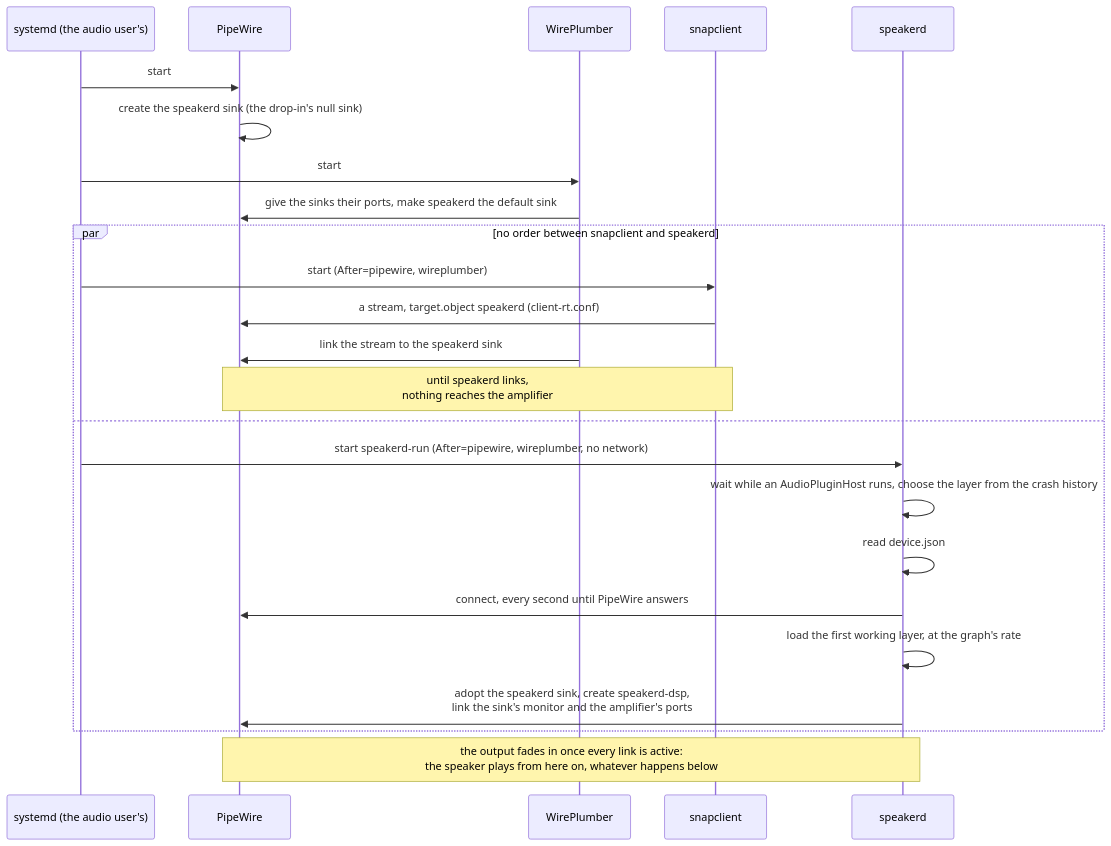
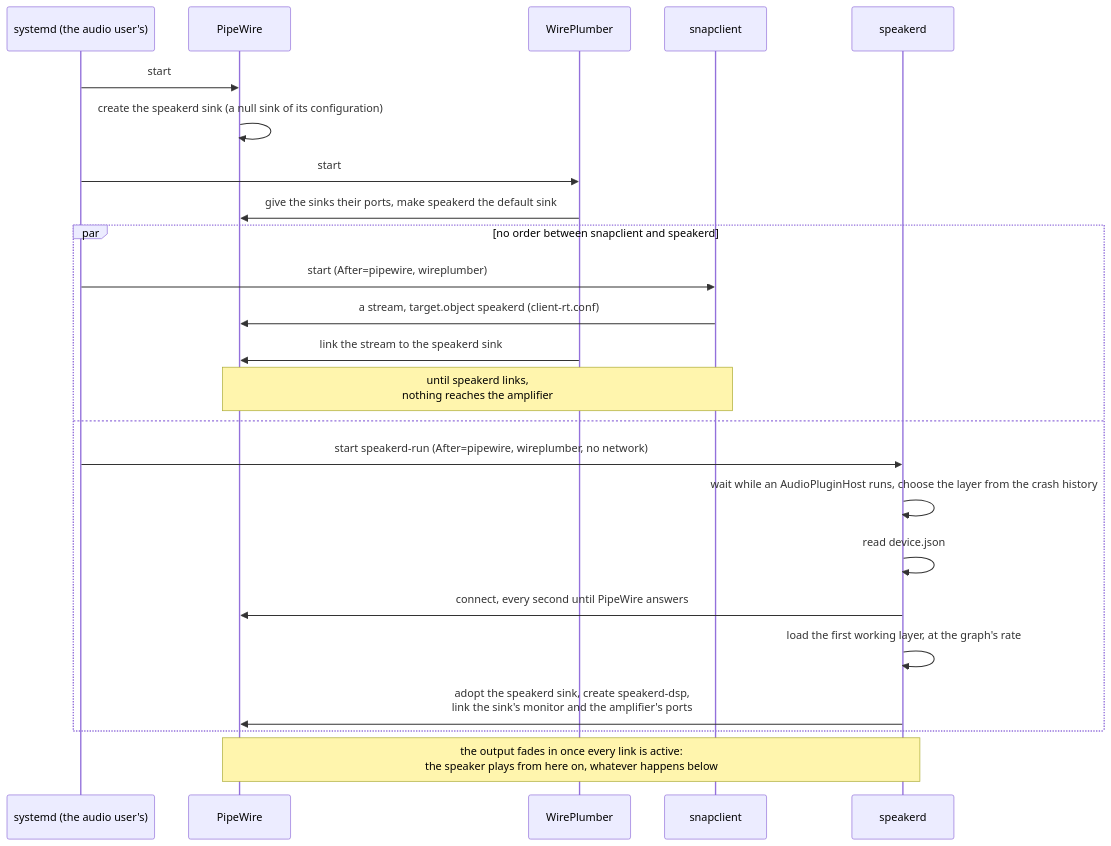
One commit to AMuszkat/bpi_amp_platform changed diagram 11 of 19 in docs/remote-plugin-host.md. Above: the diagram before and after it, drawn with Mermaid. The commit also changed other lines of this file and 10 other files, not shown here.

````diff
--- a/docs/remote-plugin-host.md
+++ b/docs/remote-plugin-host.md
@@ -1025,26 +1026,26 @@
 ```mermaid
 sequenceDiagram
     participant SD as systemd (the audio user's)
     participant PW as PipeWire
     participant WP as WirePlumber
     participant C as snapclient
     participant S as speakerd
     SD->>PW: start
-    PW->>PW: create the speakerd sink (the drop-in's null sink)
+    PW->>PW: create the speakerd sink (a null sink of its configuration)
     SD->>WP: start
     WP->>PW: give the sinks their ports, make speakerd the default sink
     par no order between snapclient and speakerd
         SD->>C: start (After=pipewire, wireplumber)
         C->>PW: a stream, target.object speakerd (client-rt.conf)
         WP->>PW: link the stream to the speakerd sink
         Note over C,PW: until speakerd links,<br/>nothing reaches the amplifier
     and
         SD->>S: start speakerd-run (After=pipewire, wireplumber, no network)
         S->>S: wait while an AudioPluginHost runs, choose the layer from the crash history
         S->>S: read device.json
         S->>PW: connect, every second until PipeWire answers
         S->>S: load the first working layer, at the graph's rate
         S->>PW: adopt the speakerd sink, create speakerd-dsp,<br/>link the sink's monitor and the amplifier's ports
     end
     Note over PW,S: the output fades in once every link is active:<br/>the speaker plays from here on, whatever happens below
 ```
````
